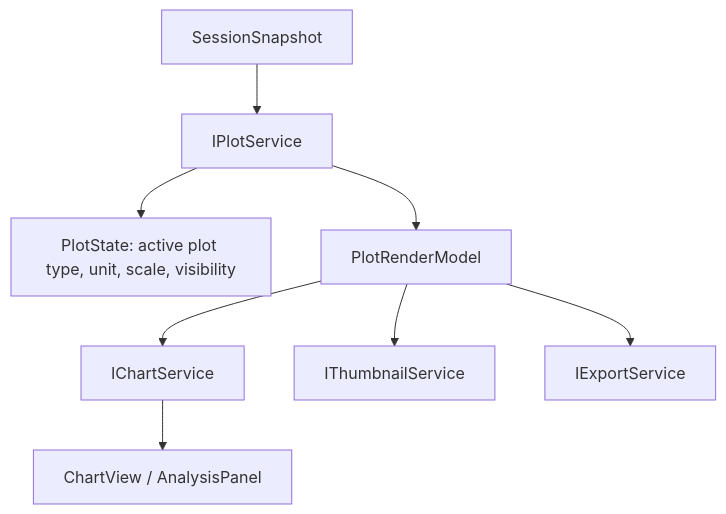
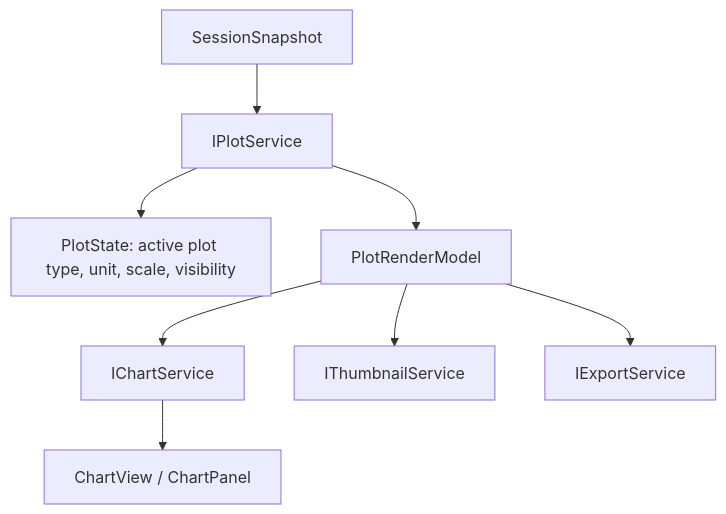
Before and after one commit to chogng/conductor: the seventh of 8 diagrams in .github/instructions/architecture.instructions.md, drawn with Mermaid. The commit also changed 38 other files, not shown here.

````diff
--- a/.github/instructions/architecture.instructions.md
+++ b/.github/instructions/architecture.instructions.md
@@ -634,10 +634,10 @@
 ```mermaid
 flowchart TD
     Session[SessionSnapshot] --> Plot[IPlotService]
     Plot --> PlotState[PlotState: active plot type, unit, scale, visibility]
     Plot --> PlotModel[PlotRenderModel]
     PlotModel --> Chart[IChartService]
-    Chart --> ChartView[ChartView / AnalysisPanel]
+    Chart --> ChartView[ChartView / ChartPanel]
     PlotModel --> Thumbnail[IThumbnailService]
     PlotModel --> Export[IExportService]
 ```
````
